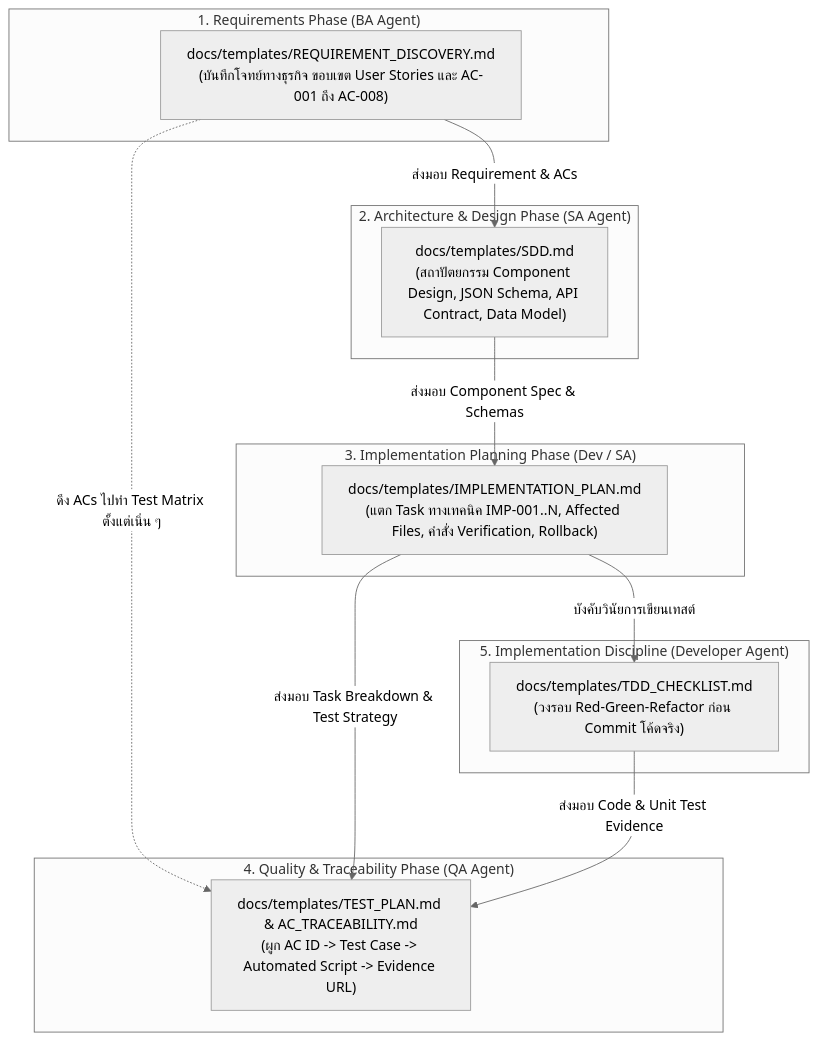
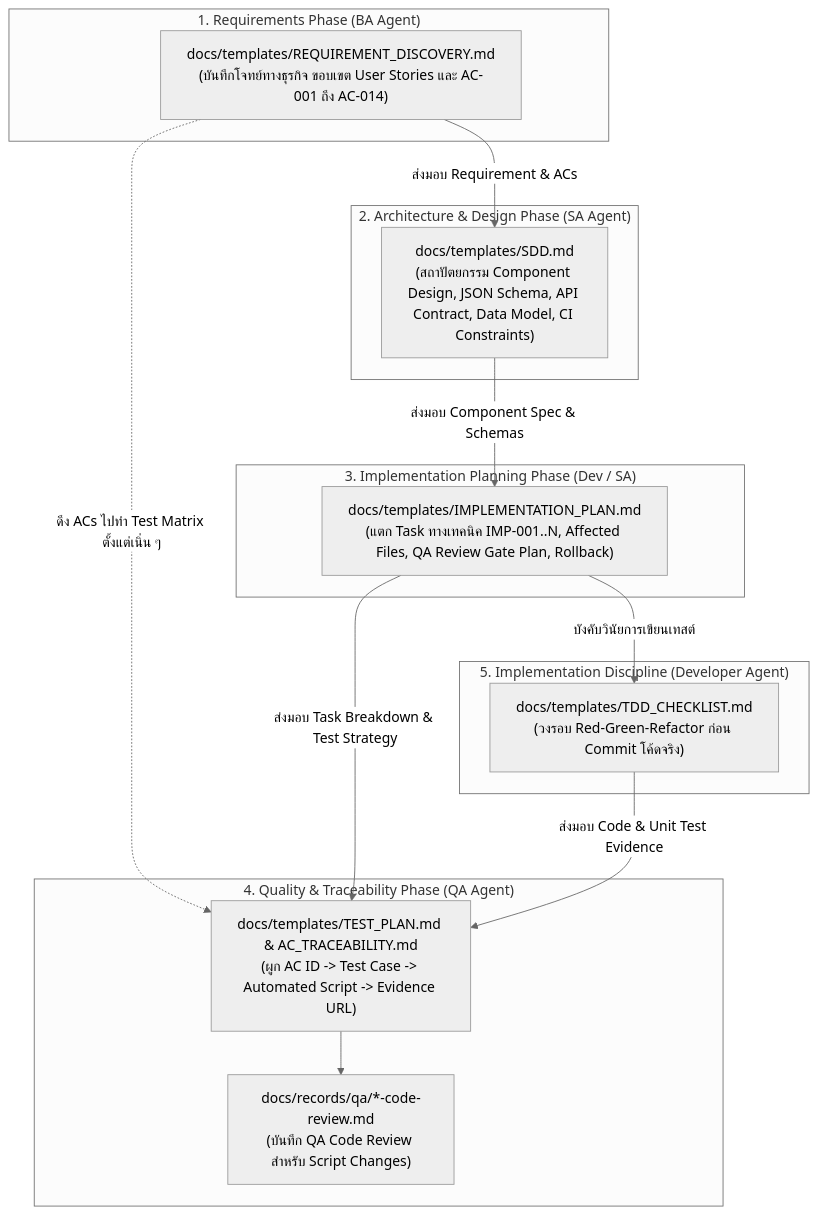
One commit to chakrits/AI-Agent-Workflow changed the second of 5 diagrams in docs/records/sdd/2026-09-11-next-gen-dynamic-workflow-sdd.md. Above: the diagram before and after it, drawn with Mermaid (neutral theme). The commit also changed other lines of this file, not shown here.

Commit message:
docs: update SDD with workflow, hook, and CI parity constraints (AC-009 to AC-014)

````diff
--- a/docs/records/sdd/2026-09-11-next-gen-dynamic-workflow-sdd.md
+++ b/docs/records/sdd/2026-09-11-next-gen-dynamic-workflow-sdd.md
@@ -78,29 +90,31 @@
 ```mermaid
 flowchart TD
     subgraph P1["1. Requirements Phase (BA Agent)"]
-        RD["docs/templates/REQUIREMENT_DISCOVERY.md\n(บันทึกโจทย์ทางธุรกิจ ขอบเขต User Stories และ AC-001 ถึง AC-008)"]
+        RD["docs/templates/REQUIREMENT_DISCOVERY.md\n(บันทึกโจทย์ทางธุรกิจ ขอบเขต User Stories และ AC-001 ถึง AC-014)"]
     end
 
     subgraph P2["2. Architecture & Design Phase (SA Agent)"]
-        SDD["docs/templates/SDD.md\n(สถาปัตยกรรม Component Design, JSON Schema, API Contract, Data Model)"]
+        SDD["docs/templates/SDD.md\n(สถาปัตยกรรม Component Design, JSON Schema, API Contract, Data Model, CI Constraints)"]
     end
 
     subgraph P3["3. Implementation Planning Phase (Dev / SA)"]
-        IP["docs/templates/IMPLEMENTATION_PLAN.md\n(แตก Task ทางเทคนิค IMP-001..N, Affected Files, คำสั่ง Verification, Rollback)"]
+        IP["docs/templates/IMPLEMENTATION_PLAN.md\n(แตก Task ทางเทคนิค IMP-001..N, Affected Files, QA Review Gate Plan, Rollback)"]
     end
 
     subgraph P4["4. Quality & Traceability Phase (QA Agent)"]
         TP["docs/templates/TEST_PLAN.md & AC_TRACEABILITY.md\n(ผูก AC ID -> Test Case -> Automated Script -> Evidence URL)"]
+        QR["docs/records/qa/*-code-review.md\n(บันทึก QA Code Review สำหรับ Script Changes)"]
     end
 
     subgraph P5["5. Implementation Discipline (Developer Agent)"]
         TDD["docs/templates/TDD_CHECKLIST.md\n(วงรอบ Red-Green-Refactor ก่อน Commit โค้ดจริง)"]
     end
 
     RD -->|ส่งมอบ Requirement & ACs| SDD
     RD -.->|ดึง ACs ไปทำ Test Matrix ตั้งแต่เนิ่น ๆ| TP
     SDD -->|ส่งมอบ Component Spec & Schemas| IP
     IP -->|ส่งมอบ Task Breakdown & Test Strategy| TP
     IP -->|บังคับวินัยการเขียนเทสต์| TDD
     TDD -->|ส่งมอบ Code & Unit Test Evidence| TP
+    TP --> QR
 ```
````
